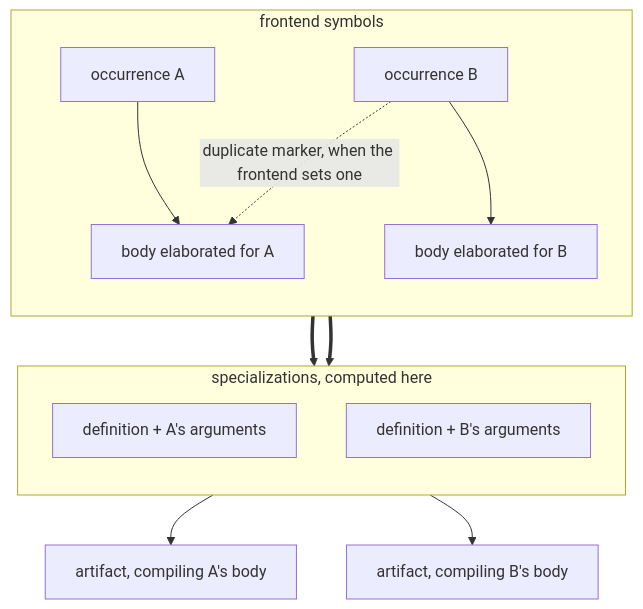
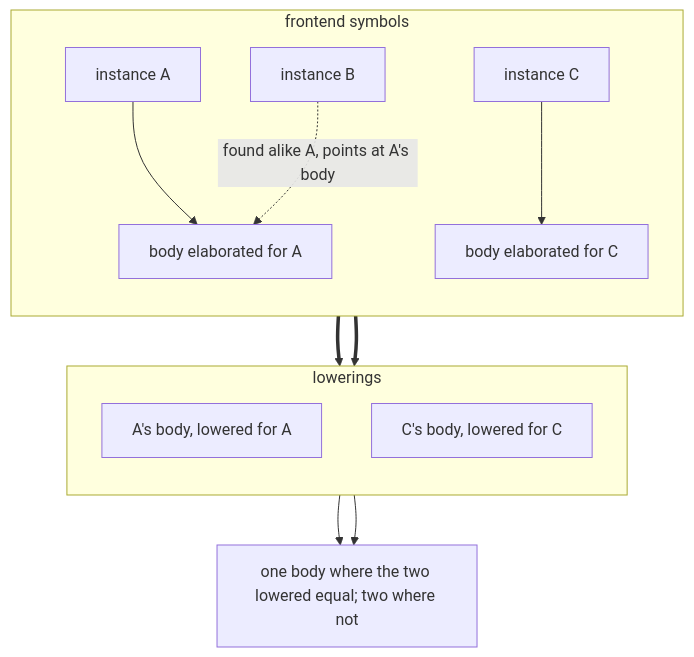
The second of 2 diagrams in docs/architecture/specialization_model.md (hankhsu1996/lyra), drawn with Mermaid before and after one commit. The commit also changed other lines of this file and 133 other files, not shown here.

First line of the commit message:
Lower every body the front end does not share (#1867)

````diff
--- a/docs/architecture/specialization_model.md
+++ b/docs/architecture/specialization_model.md
@@ -138,22 +141,23 @@
 ```mermaid
 flowchart TB
   subgraph FE["frontend symbols"]
     direction TB
-    N["occurrence A"]
-    W["occurrence B"]
+    N["instance A"]
+    W["instance B"]
+    C["instance C"]
     BN["body elaborated for A"]
-    BW["body elaborated for B"]
+    BC["body elaborated for C"]
     N --> BN
-    W --> BW
-    W -. "duplicate marker, when the frontend sets one" .-> BN
+    W -. "found alike A, points at A's body" .-> BN
+    C --> BC
   end
-  subgraph SP["specializations, computed here"]
+  subgraph SP["lowerings"]
     direction TB
-    S1["definition + A's arguments"]
-    S2["definition + B's arguments"]
+    S1["A's body, lowered for A"]
+    S2["C's body, lowered for C"]
   end
-  N ==> S1
-  W ==> S2
-  S1 --> A1["artifact, compiling A's body"]
-  S2 --> A2["artifact, compiling B's body"]
+  BN ==> S1
+  BC ==> S2
+  S1 --> A1["one body where the two lowered equal; two where not"]
+  S2 --> A1
 ```
````
